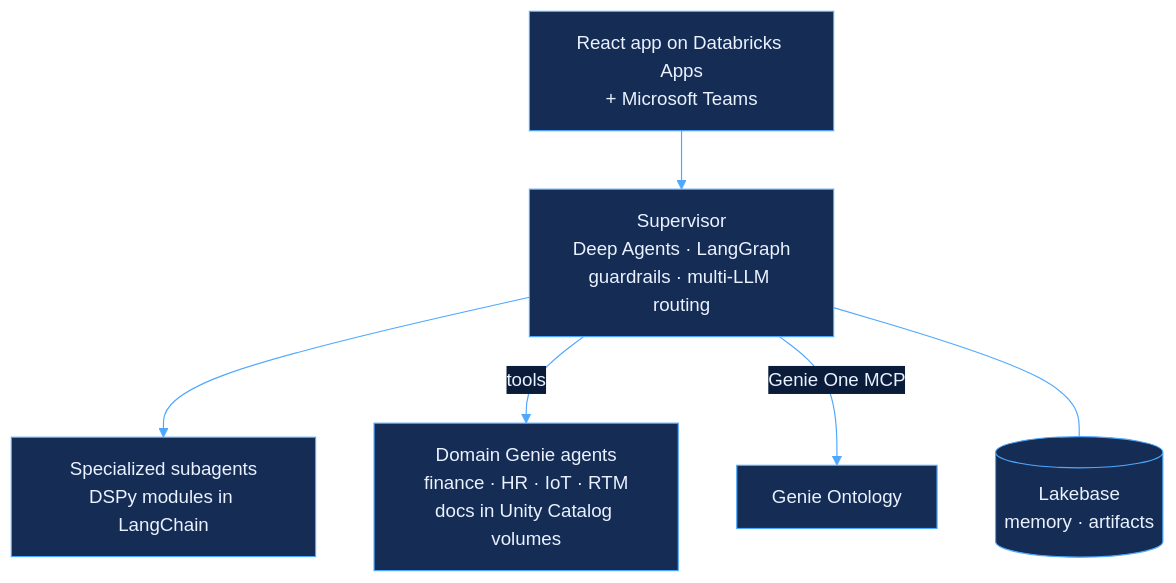
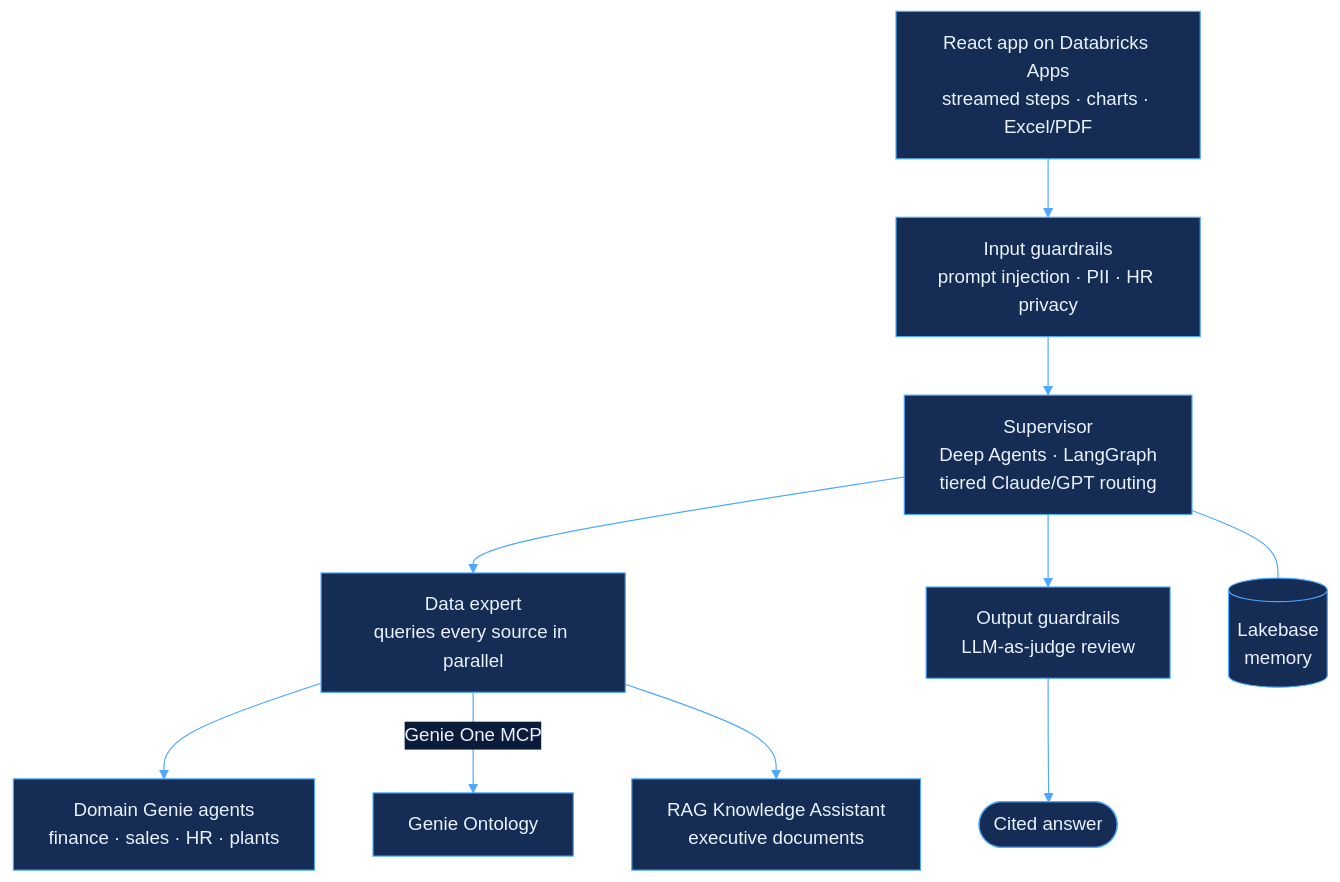
The diagram in README.md (lgvil97/lgvil97), drawn with Mermaid before and after one commit. The commit also changed other lines of this file and 5 other files, not shown here.

````diff
--- a/README.md
+++ b/README.md
@@ -17,9 +19,13 @@
 ```mermaid
 %%{init: {"theme": "base", "themeVariables": {"primaryColor": "#152C55", "primaryTextColor": "#EAF2FF", "primaryBorderColor": "#4EA8FF", "lineColor": "#4EA8FF", "secondaryColor": "#0B1B3A", "tertiaryColor": "#0B1B3A", "clusterBkg": "#0B1B3A", "clusterBorder": "#2C5DB8", "titleColor": "#EAF2FF", "edgeLabelBackground": "#0B1B3A"}}}%%
 flowchart TB
-    UI["React app on Databricks Apps<br/>+ Microsoft Teams"] --> SUP["Supervisor<br/>Deep Agents · LangGraph<br/>guardrails · multi-LLM routing"]
-    SUP --> SUBS["Specialized subagents<br/>DSPy modules in LangChain"]
-    SUP -- tools --> GENIE["Domain Genie agents<br/>finance · HR · IoT · RTM<br/>docs in Unity Catalog volumes"]
-    SUP -- Genie One MCP --> ONT["Genie Ontology"]
-    SUP --- MEM[("Lakebase<br/>memory · artifacts")]
+    UI["React app on Databricks Apps<br/>streamed steps · charts · Excel/PDF"] --> GIN["Input guardrails<br/>prompt injection · PII · HR privacy"]
+    GIN --> SUP["Supervisor<br/>Deep Agents · LangGraph<br/>tiered Claude/GPT routing"]
+    SUP --> DX["Data expert<br/>queries every source in parallel"]
+    DX --> GENIE["Domain Genie agents<br/>finance · sales · HR · plants"]
+    DX -- Genie One MCP --> ONT["Genie Ontology"]
+    DX --> KA["RAG Knowledge Assistant<br/>executive documents"]
+    SUP --> OUT["Output guardrails<br/>LLM-as-judge review"]
+    OUT --> ANS(["Cited answer"])
+    SUP --- MEM[("Lakebase<br/>memory")]
 ```
````
